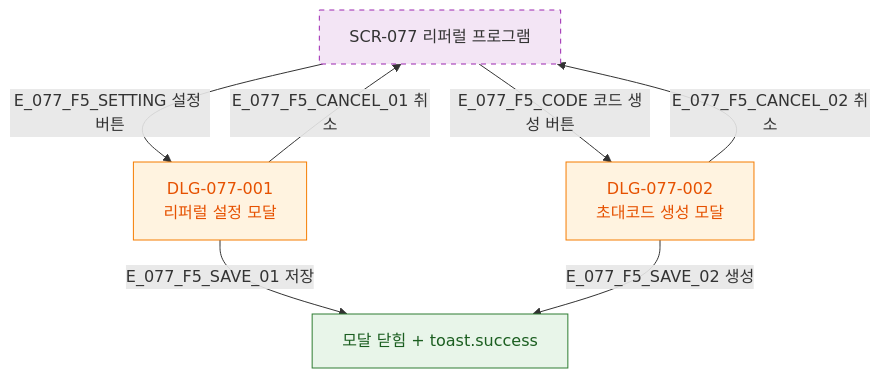
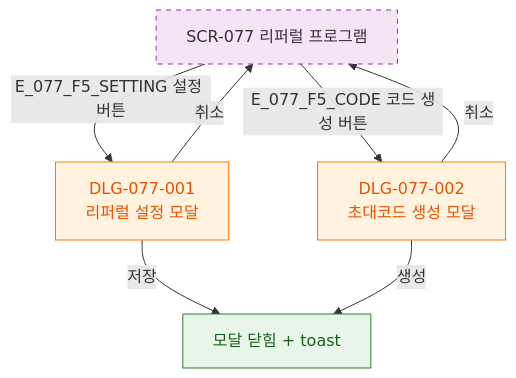
One commit to dev-spogym/admin-pando changed the diagram in docs/다이어그램/D08_마케팅/SCR-077_리퍼럴프로그램/F5_모달트리거.md. Above: the diagram before and after it, drawn with Mermaid. The commit also changed other lines of this file and 1660 other files, not shown here.

First line of the commit message:
다이어그램: 기획자/클라이언트 납품본으로 정리

````diff
--- a/docs/다이어그램/D08_마케팅/SCR-077_리퍼럴프로그램/F5_모달트리거.md
+++ b/docs/다이어그램/D08_마케팅/SCR-077_리퍼럴프로그램/F5_모달트리거.md
@@ -14,20 +12,20 @@
 ```mermaid
 flowchart TD
   SCR_077[SCR-077 리퍼럴 프로그램]
 
-  SCR_077 -->|E_077_F5_SETTING 설정 버튼| DLG_001[DLG-077-001\n리퍼럴 설정 모달]
-  SCR_077 -->|E_077_F5_CODE 코드 생성 버튼| DLG_002[DLG-077-002\n초대코드 생성 모달]
+  SCR_077 -->|E_077_F5_SETTING 설정 버튼|DLG_001[DLG-077-001\n리퍼럴 설정 모달]
+  SCR_077 -->|E_077_F5_CODE 코드 생성 버튼|DLG_002[DLG-077-002\n초대코드 생성 모달]
 
-  DLG_001 -->|E_077_F5_SAVE_01 저장| SAVED[모달 닫힘 + toast.success]
-  DLG_001 -->|E_077_F5_CANCEL_01 취소| SCR_077
-  DLG_002 -->|E_077_F5_SAVE_02 생성| SAVED
-  DLG_002 -->|E_077_F5_CANCEL_02 취소| SCR_077
+  DLG_001 -->|저장|SAVED[모달 닫힘 + toast]
+  DLG_001 -->|취소|SCR_077
+  DLG_002 -->|생성|SAVED
+  DLG_002 -->|취소|SCR_077
 
   classDef newFeature fill:#F3E5F5,stroke:#9C27B0,stroke-dasharray:5 5
-  classDef modal      fill:#FFF3E0,stroke:#F57C00,color:#E65100
-  classDef success    fill:#E8F5E9,stroke:#2E7D32,color:#1B5E20
+  classDef modal fill:#FFF3E0,stroke:#F57C00,color:#E65100
+  classDef success fill:#E8F5E9,stroke:#2E7D32,color:#1B5E20
 
   class SCR_077 newFeature
   class DLG_001,DLG_002 modal
   class SAVED success
 ```
````
